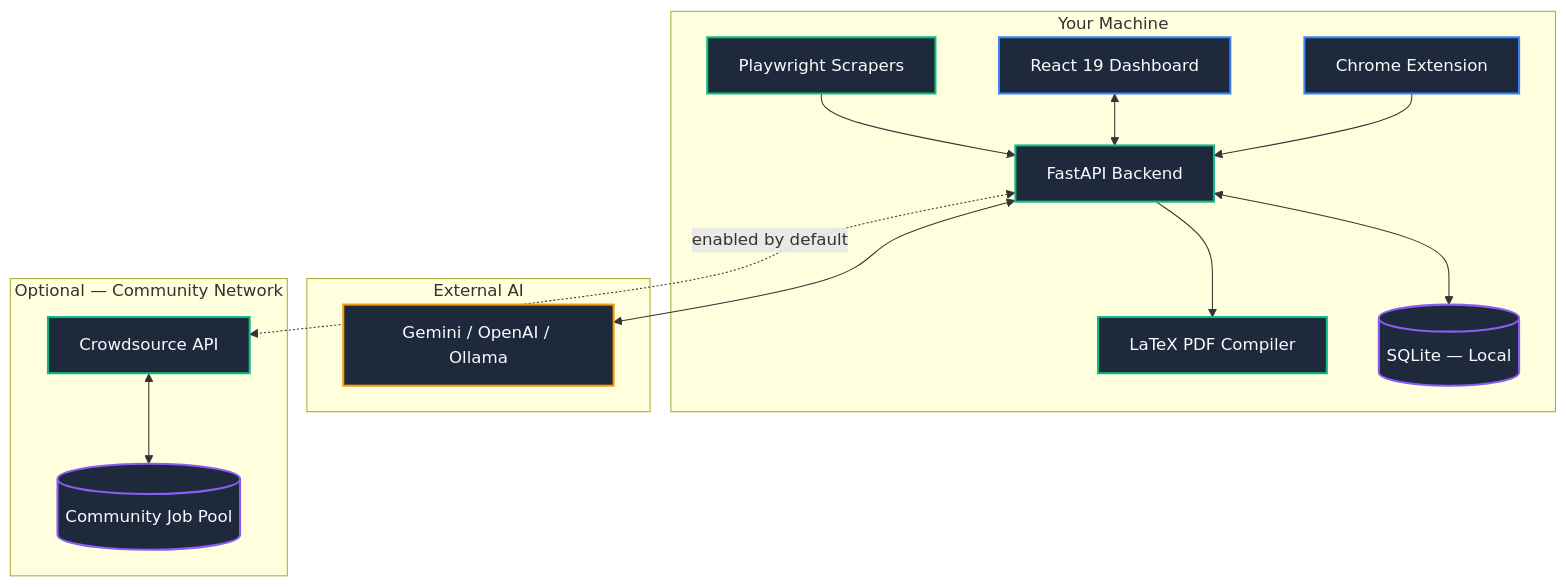
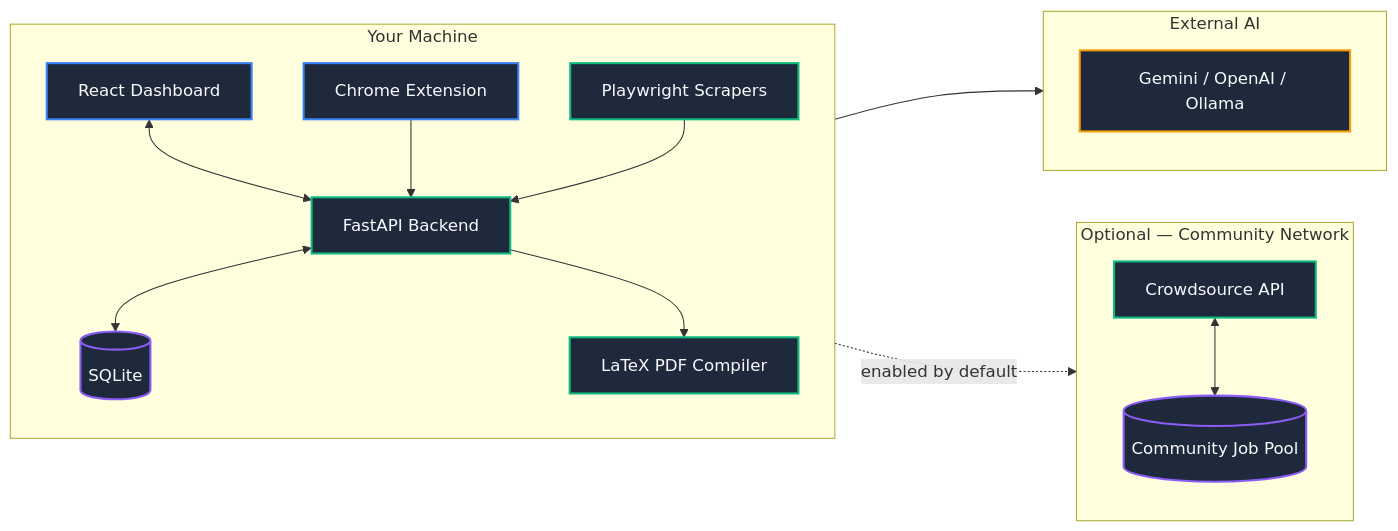
One commit to koteshrv/career-agent changed the diagram in README.md. Above: the diagram before and after it, drawn with Mermaid. The commit also changed other lines of this file, not shown here.

Commit message:
fix: update README.md for improved clarity and formatting, including feature descriptions and diagram adjustments

````diff
--- a/README.md
+++ b/README.md
@@ -108,34 +109,34 @@
 ```mermaid
-graph TD
+graph LR
     classDef frontend fill:#1E293B,stroke:#3B82F6,stroke-width:2px,color:#F8FAFC
     classDef backend fill:#1E293B,stroke:#10B981,stroke-width:2px,color:#F8FAFC
     classDef storage fill:#1E293B,stroke:#8B5CF6,stroke-width:2px,color:#F8FAFC
     classDef ai fill:#1E293B,stroke:#F59E0B,stroke-width:2px,color:#F8FAFC
 
-    subgraph "Your Machine"
-        UI[React 19 Dashboard]:::frontend
+    subgraph Machine["Your Machine"]
+        UI[React Dashboard]:::frontend
         Ext[Chrome Extension]:::frontend
         API[FastAPI Backend]:::backend
         Cron[Playwright Scrapers]:::backend
         Compiler[LaTeX PDF Compiler]:::backend
-        DB[(SQLite — Local)]:::storage
-        API <--> DB
-        Cron --> API
+        DB[(SQLite)]:::storage
         UI <--> API
         Ext --> API
+        Cron --> API
+        API <--> DB
         API --> Compiler
     end
 
-    subgraph "External AI"
+    subgraph AI["External AI"]
         LLM[Gemini / OpenAI / Ollama]:::ai
     end
 
-    subgraph "Optional — Community Network"
+    subgraph Network["Optional — Community Network"]
         CF[Crowdsource API]:::backend
         DB2[(Community Job Pool)]:::storage
         CF <--> DB2
     end
 
-    API <--> LLM
-    API <-.->|enabled by default| CF
+    Machine --> AI
+    Machine -.->|enabled by default| Network
 ```
````
